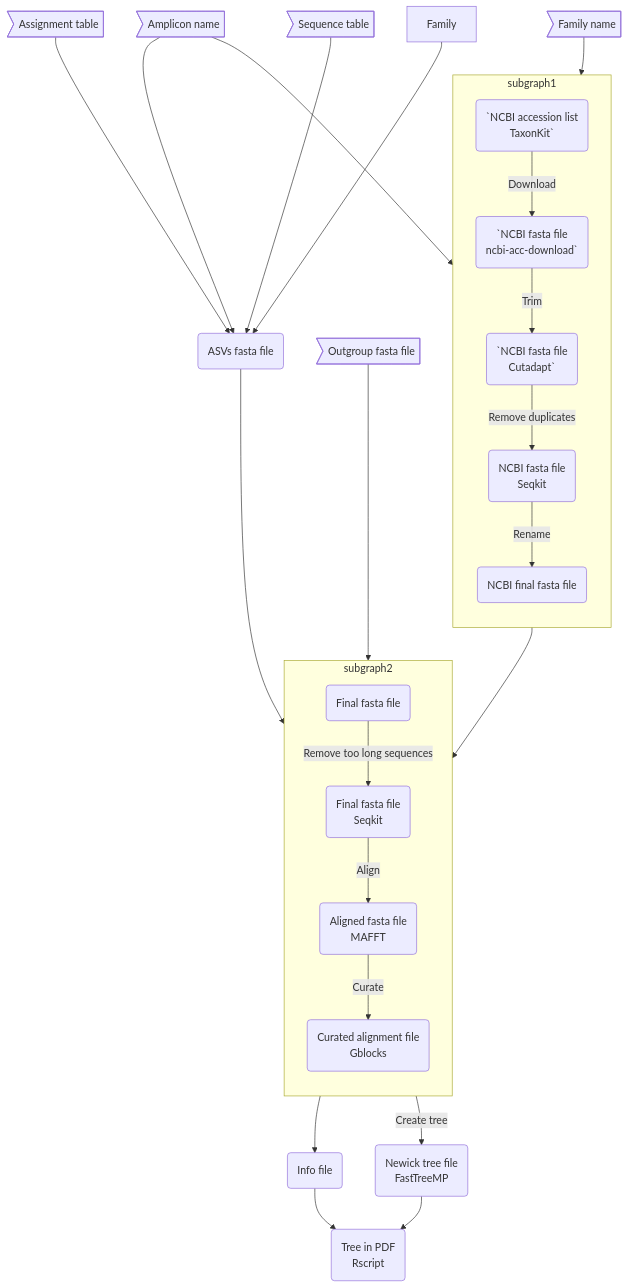
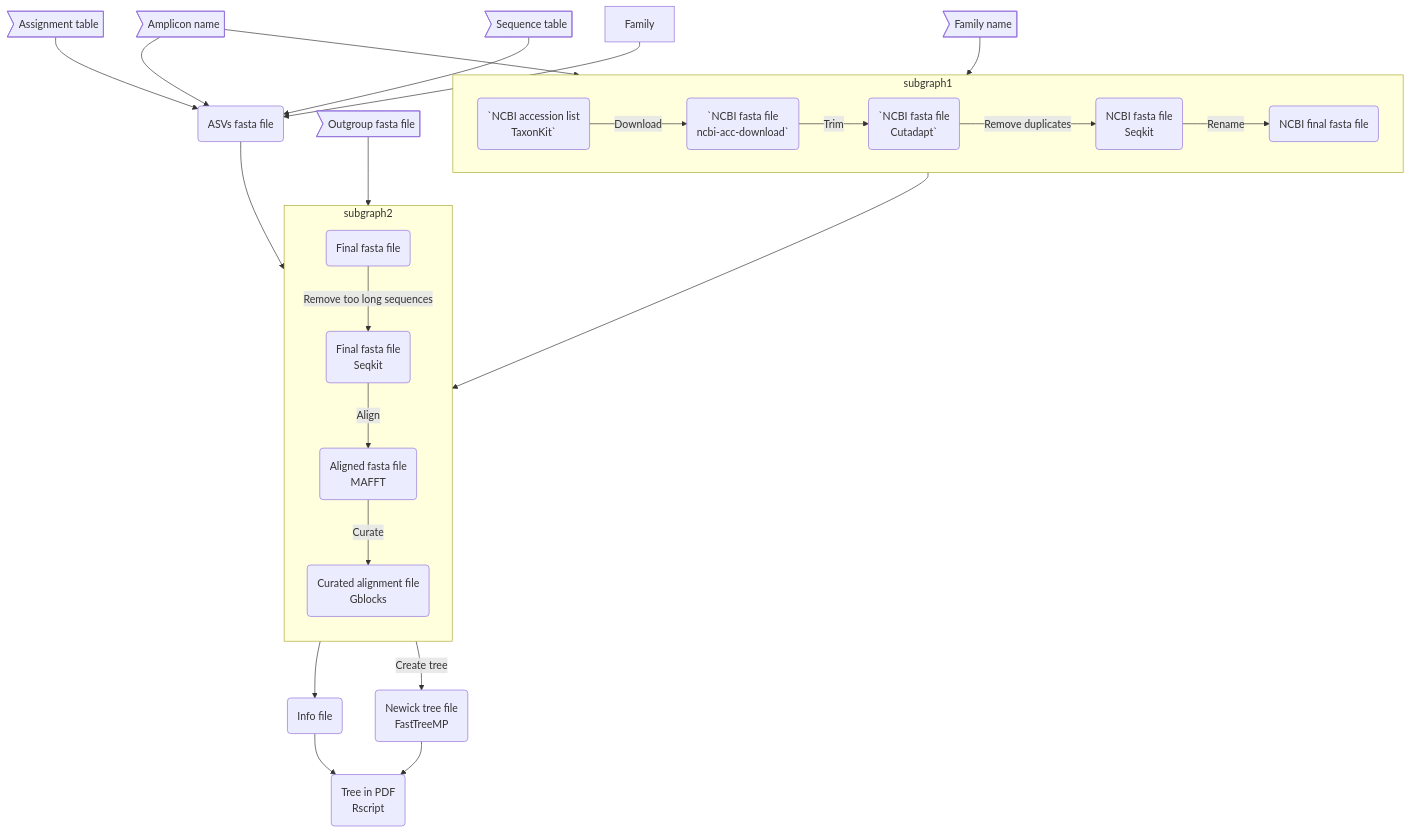
One commit to Enorya/Phylo-tree_eDNA changed the diagram in README.md. Above: the diagram before and after it, drawn with Mermaid.

````diff
--- a/README.md
+++ b/README.md
@@ -24,46 +24,46 @@
 ```mermaid
 flowchart TB
 	amplicon>Amplicon name]
 	family>Family name]
 	Assign>Assignment table]
 	Seq>Sequence table]
 	Out>Outgroup fasta file]
 	step1(`NCBI accession list
 TaxonKit`)
 	step2(`NCBI fasta file
 ncbi-acc-download`)
 	step3(`NCBI fasta file
 Cutadapt`)
 	step4(NCBI fasta file
 Seqkit)
 	step5(NCBI final fasta file)
 	step6(ASVs fasta file)
 	step7(Final fasta file)
 	step8(Final fasta file
 Seqkit)
 	step9(Aligned fasta file
 MAFFT)
 	step10(Curated alignment file
 Gblocks)
 	step11(Newick tree file
 FastTreeMP)
 	step12(Info file)
 	step13(Tree in PDF
 Rscript)
 
 	subgraph subgraph1
-		direction TB
+		direction LR
         	step1 -->|Download| step2 -->|Trim| step3 -->|Remove duplicates| step4 -->|Rename| step5
 	end
 	subgraph subgraph2
 		direction TB
         	step7 -->|Remove too long sequences| step8 -->|Align| step9 -->|Curate| step10
 	end
 	amplicon --> step1
 	family --> step1
 	amplicon & Assign & Seq & Family --> step6
-	step5 & Out & step6 --> subgraph2
+	step5 & Out & step6 --> step7
 	subgraph2 --> step12 --> step13
 	subgraph2 -->|Create tree| step11 --> step13
 
 ```
````
